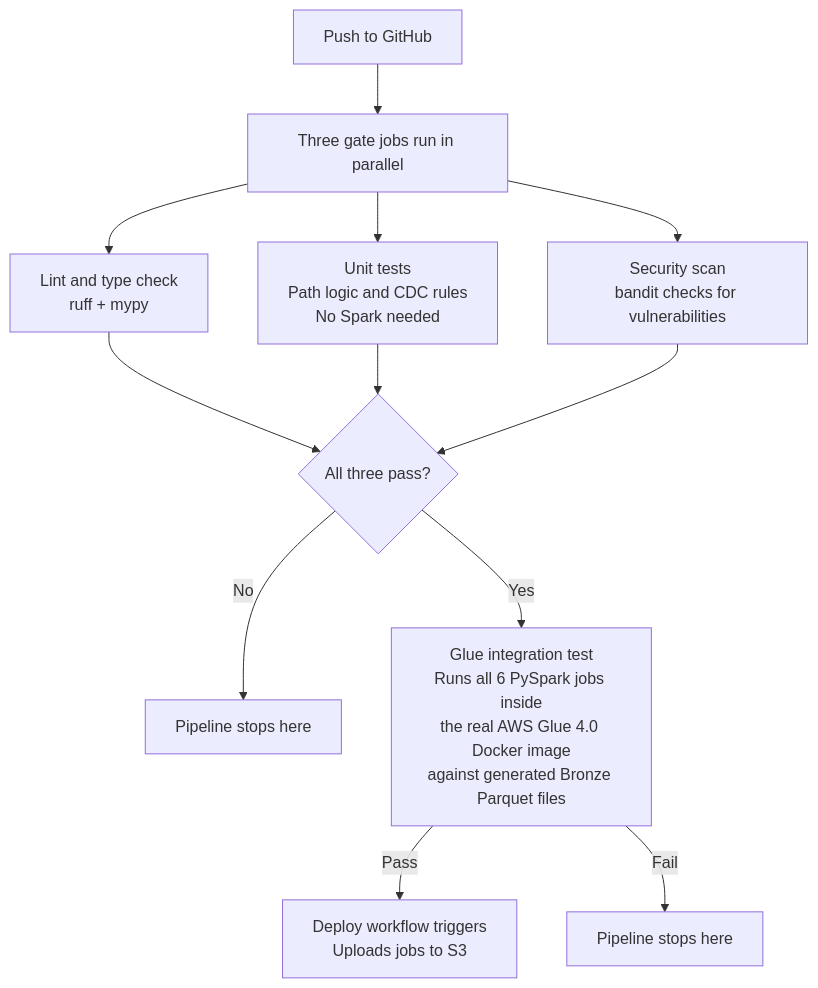
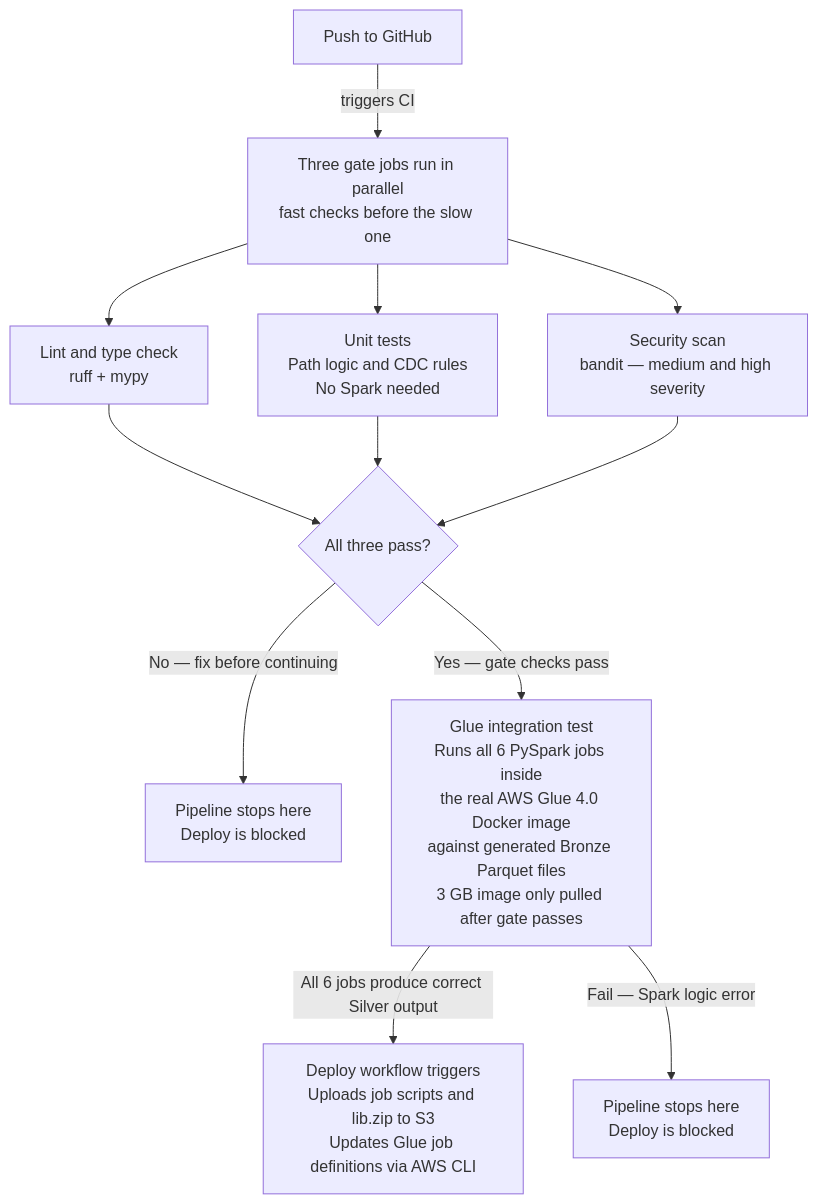
The diagram in README.md (enterprise-data-platform-emeka/platform-glue-jobs), drawn with Mermaid before and after one commit.

Commit message:
Docs: remove brand colors from all Mermaid diagrams

````diff
--- a/README.md
+++ b/README.md
@@ -174,14 +174,14 @@
 ```mermaid
 flowchart TD
-    A[Push to GitHub] --> B[Three gate jobs run in parallel]
+    A[Push to GitHub] -->|triggers CI| B[Three gate jobs run in parallel\nfast checks before the slow one]
     B --> C[Lint and type check\nruff + mypy]
     B --> D[Unit tests\nPath logic and CDC rules\nNo Spark needed]
-    B --> E[Security scan\nbandit checks for vulnerabilities]
+    B --> E[Security scan\nbandit — medium and high severity]
     C --> F{All three pass?}
     D --> F
     E --> F
-    F -->|No| G[Pipeline stops here]
-    F -->|Yes| H[Glue integration test\nRuns all 6 PySpark jobs inside\nthe real AWS Glue 4.0 Docker image\nagainst generated Bronze Parquet files]
-    H -->|Pass| I[Deploy workflow triggers\nUploads jobs to S3]
-    H -->|Fail| J[Pipeline stops here]
+    F -->|No — fix before continuing| G[Pipeline stops here\nDeploy is blocked]
+    F -->|Yes — gate checks pass| H[Glue integration test\nRuns all 6 PySpark jobs inside\nthe real AWS Glue 4.0 Docker image\nagainst generated Bronze Parquet files\n3 GB image only pulled after gate passes]
+    H -->|All 6 jobs produce correct Silver output| I[Deploy workflow triggers\nUploads job scripts and lib.zip to S3\nUpdates Glue job definitions via AWS CLI]
+    H -->|Fail — Spark logic error| J[Pipeline stops here\nDeploy is blocked]
 ```
````
